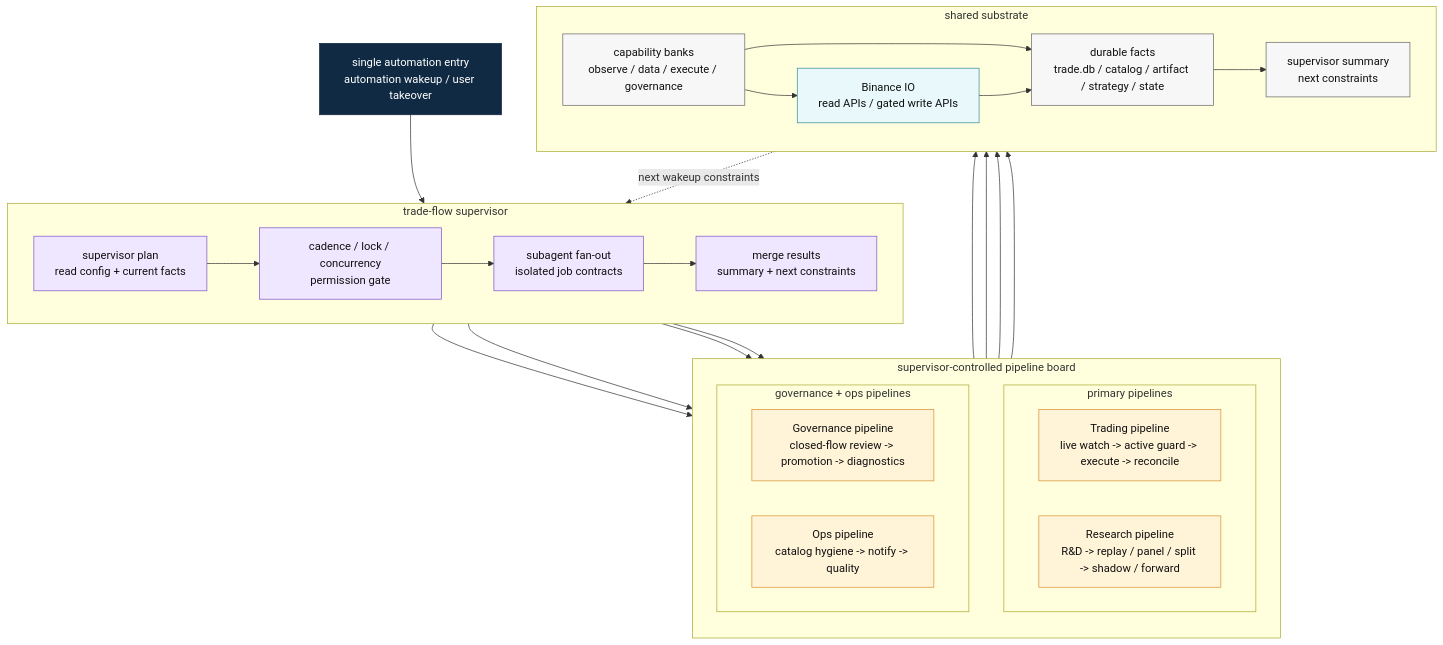
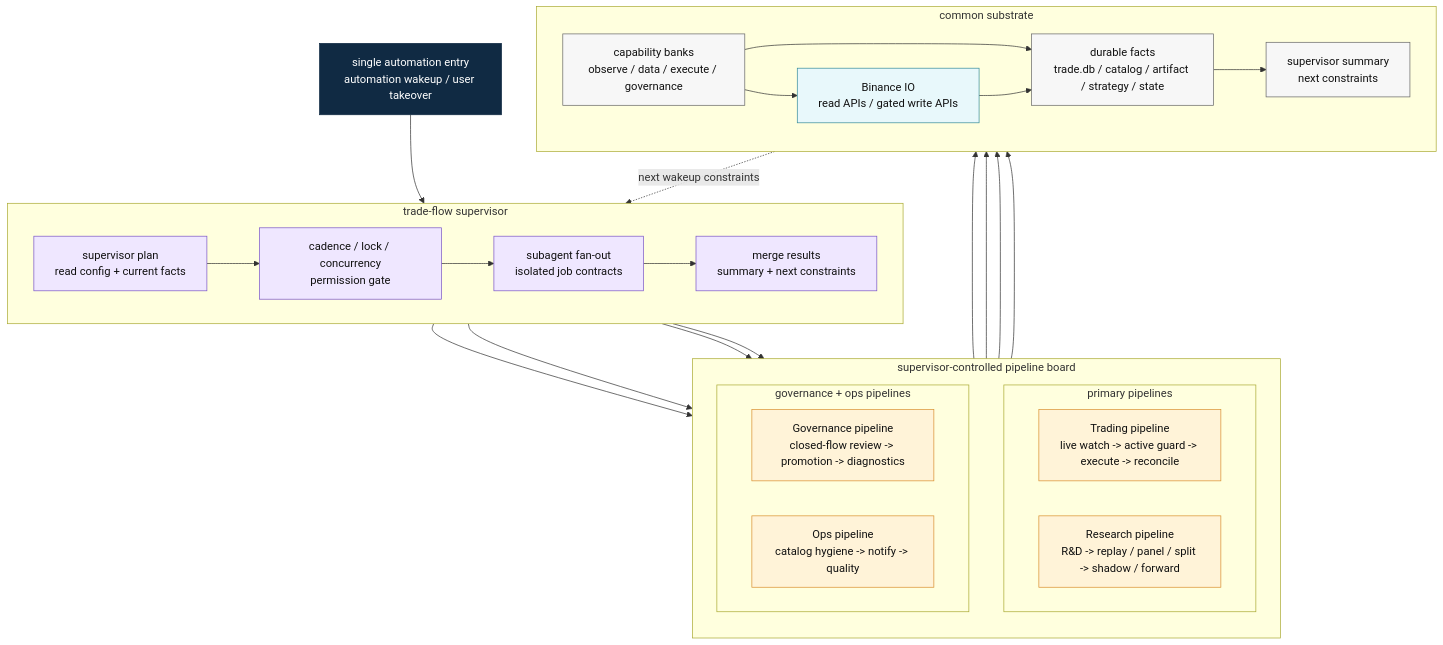
The first of 9 diagrams in README.md (qOeOp/trade), drawn with Mermaid before and after one commit. The commit also changed other lines of this file and 509 other files, not shown here.

````diff
--- a/README.md
+++ b/README.md
@@ -9,62 +9,62 @@
 ```mermaid
 flowchart TB
   ENTRY["single automation entry<br/>automation wakeup / user takeover"]
 
   subgraph SUP["trade-flow supervisor"]
     direction LR
     SP["supervisor plan<br/>read config + current facts"]
     GT["cadence / lock / concurrency<br/>permission gate"]
     FO["subagent fan-out<br/>isolated job contracts"]
     MG["merge results<br/>summary + next constraints"]
     SP --> GT --> FO --> MG
   end
 
   subgraph BOARD["supervisor-controlled pipeline board"]
     direction TB
 
     subgraph ROW1["primary pipelines"]
       direction LR
       TRADING["Trading pipeline<br/>live watch -> active guard -> execute -> reconcile"]
       RESEARCH["Research pipeline<br/>R&D -> replay / panel / split -> shadow / forward"]
     end
 
     subgraph ROW2["governance + ops pipelines"]
       direction LR
       GOVERNANCE["Governance pipeline<br/>closed-flow review -> promotion -> diagnostics"]
       OPS["Ops pipeline<br/>catalog hygiene -> notify -> quality"]
     end
   end
 
-  subgraph SHARED["shared substrate"]
+  subgraph COMMON["common substrate"]
     direction LR
     CAP["capability banks<br/>observe / data / execute / governance"]
     FACTS["durable facts<br/>trade.db / catalog / artifact / strategy / state"]
     EX["Binance IO<br/>read APIs / gated write APIs"]
     SUMMARY["supervisor summary<br/>next constraints"]
     CAP --> FACTS
     CAP --> EX --> FACTS
     FACTS --> SUMMARY
   end
 
   ENTRY --> SP
   FO --> TRADING
   FO --> RESEARCH
   FO --> GOVERNANCE
   FO --> OPS
   TRADING --> CAP
   RESEARCH --> CAP
   GOVERNANCE --> CAP
   OPS --> CAP
   SUMMARY -. "next wakeup constraints" .-> MG
 
   classDef entry fill:#102a43,stroke:#102a43,color:#fff;
   classDef sup fill:#efe7ff,stroke:#7a55c7,color:#111;
   classDef flow fill:#fff3d8,stroke:#d9902f,color:#111;
   classDef block fill:#f7f7f7,stroke:#666,color:#111;
   classDef io fill:#e8f8fb,stroke:#358b9a,color:#111;
   class ENTRY entry;
   class SP,GT,FO,MG sup;
   class TRADING,RESEARCH,GOVERNANCE,OPS flow;
   class CAP,FACTS,SUMMARY block;
   class EX io;
 ```
````
